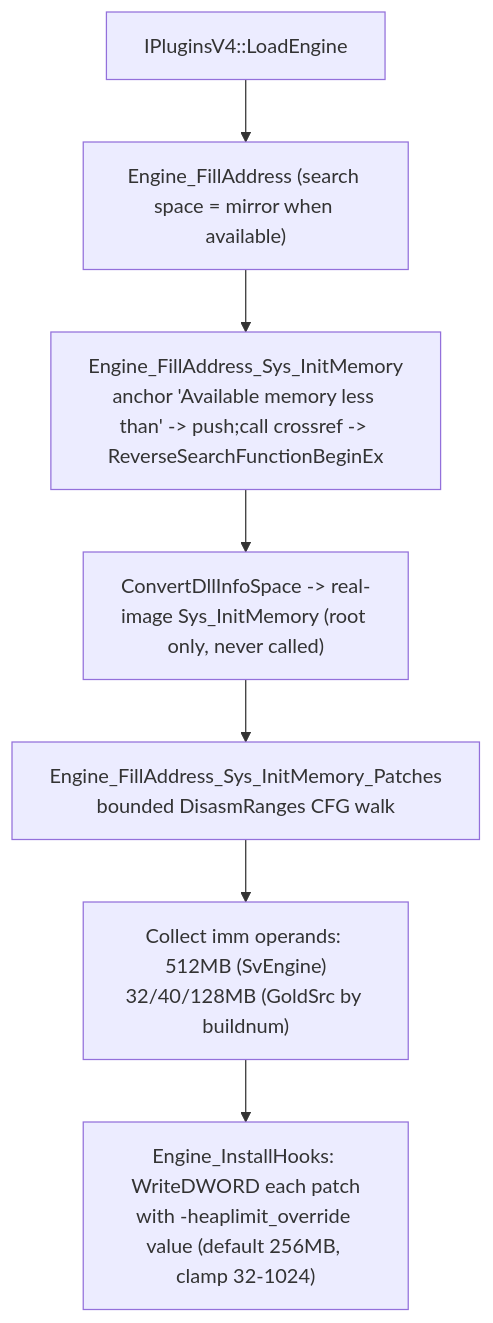
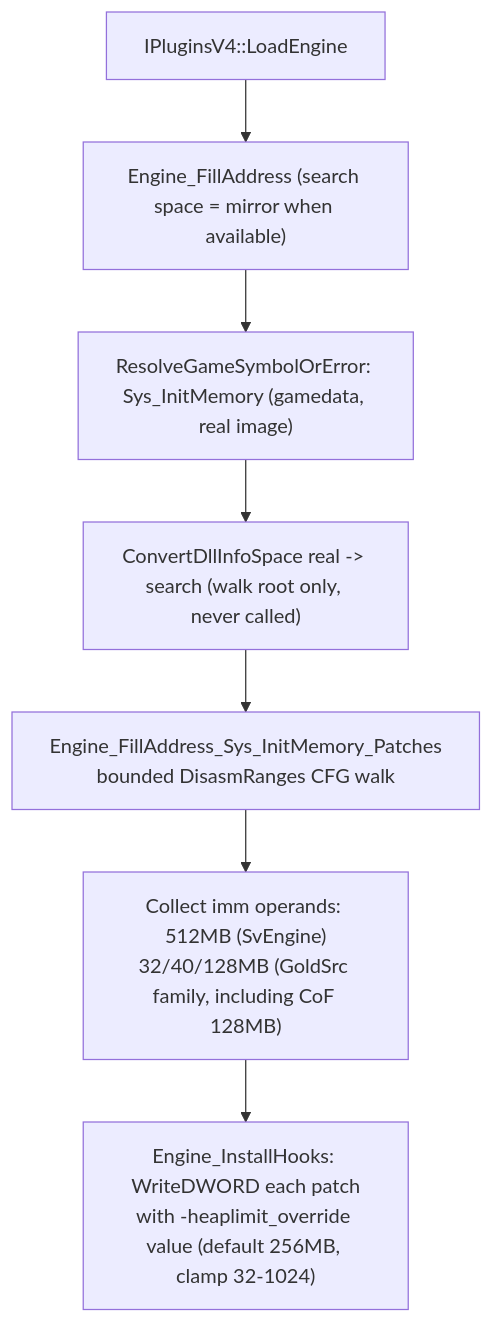
The diagram in memory/privatevars/heap-patch-privatevars.md (hzqst/MetaHookSv), drawn with Mermaid before and after one commit. The commit also changed other lines of this file and 4 other files, not shown here.

First line of the commit message:
refactor(heap-patch): migrate Sys_InitMemory location to gamedata-only

````diff
--- a/memory/privatevars/heap-patch-privatevars.md
+++ b/memory/privatevars/heap-patch-privatevars.md
@@ -37,9 +38,9 @@
 ```mermaid
 flowchart TD
     A["IPluginsV4::LoadEngine"] --> B["Engine_FillAddress (search space = mirror when available)"]
-    B --> C["Engine_FillAddress_Sys_InitMemory<br/>anchor 'Available memory less than' -> push;call crossref -> ReverseSearchFunctionBeginEx"]
-    C --> D["ConvertDllInfoSpace -> real-image Sys_InitMemory (root only, never called)"]
+    B --> C["ResolveGameSymbolOrError: Sys_InitMemory (gamedata, real image)"]
+    C --> D["ConvertDllInfoSpace real -> search (walk root only, never called)"]
     D --> E["Engine_FillAddress_Sys_InitMemory_Patches<br/>bounded DisasmRanges CFG walk"]
-    E --> F["Collect imm operands: 512MB (SvEngine)<br/>32/40/128MB (GoldSrc by buildnum)"]
+    E --> F["Collect imm operands: 512MB (SvEngine)<br/>32/40/128MB (GoldSrc family, including CoF 128MB)"]
     F --> G["Engine_InstallHooks: WriteDWORD each patch<br/>with -heaplimit_override value (default 256MB, clamp 32-1024)"]
 ```
````
